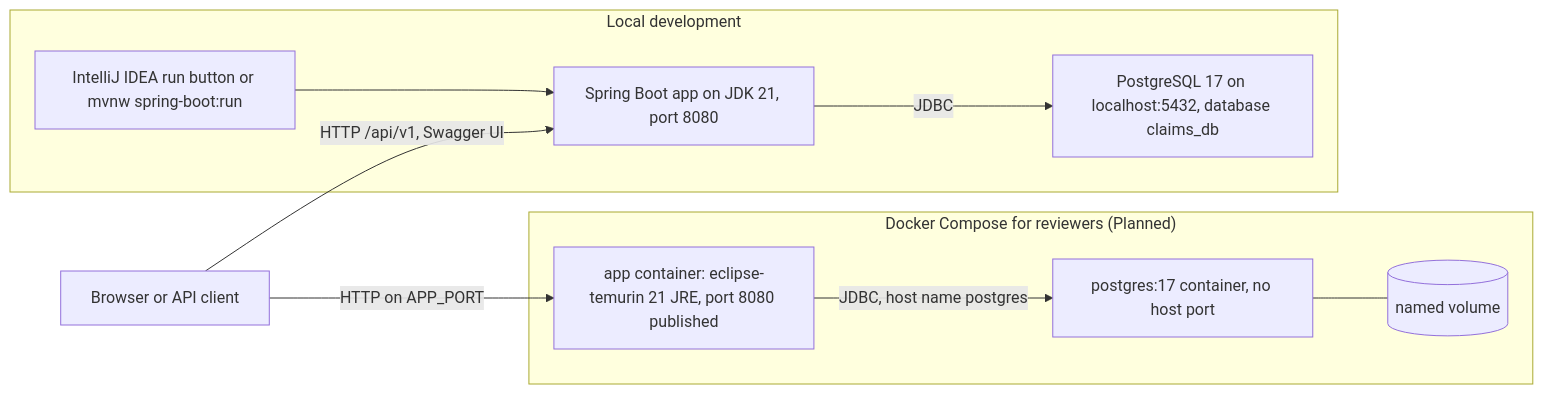
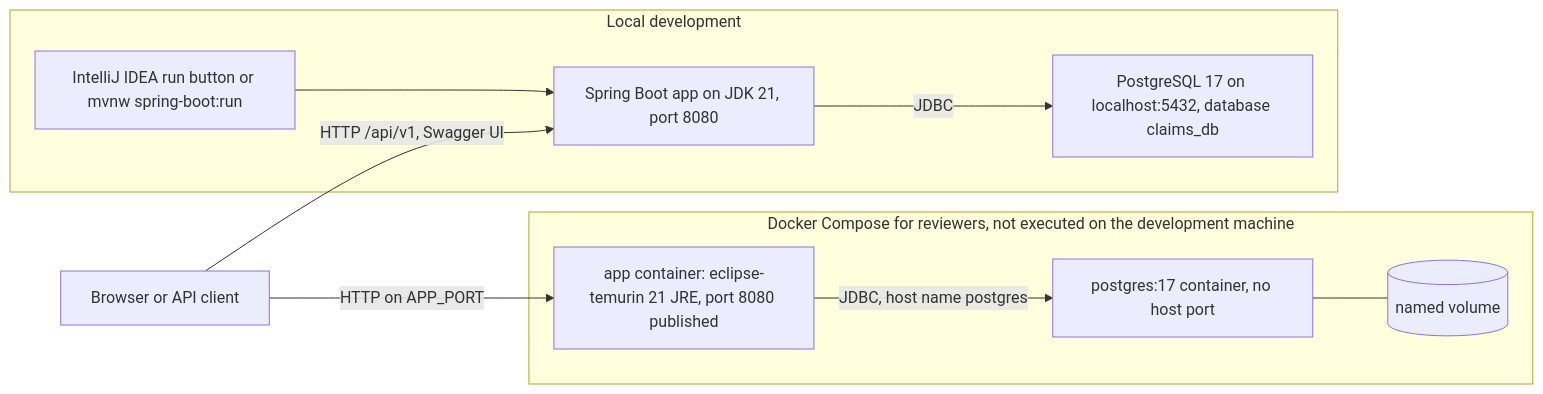
Before and after one commit to nadeemmaldar-007/claims-management-platform: the third of 3 diagrams in docs/02-architecture.md, drawn with Mermaid. The commit also changed other lines of this file and 17 other files, not shown here.

````diff
--- a/docs/02-architecture.md
+++ b/docs/02-architecture.md
@@ -250,21 +250,21 @@
 ```mermaid
 graph LR
     subgraph local["Local development"]
         ide["IntelliJ IDEA run button or mvnw spring-boot:run"]
         jvmLocal["Spring Boot app on JDK 21, port 8080"]
         pgLocal["PostgreSQL 17 on localhost:5432, database claims_db"]
         ide --> jvmLocal
         jvmLocal -->|"JDBC"| pgLocal
     end
 
-    subgraph compose["Docker Compose for reviewers (Planned)"]
+    subgraph compose["Docker Compose for reviewers, not executed on the development machine"]
         appC["app container: eclipse-temurin 21 JRE, port 8080 published"]
         pgC["postgres:17 container, no host port"]
         vol[("named volume")]
         appC -->|"JDBC, host name postgres"| pgC
         pgC --- vol
     end
 
     client["Browser or API client"] -->|"HTTP /api/v1, Swagger UI"| jvmLocal
     client -->|"HTTP on APP_PORT"| appC
 ```
````
